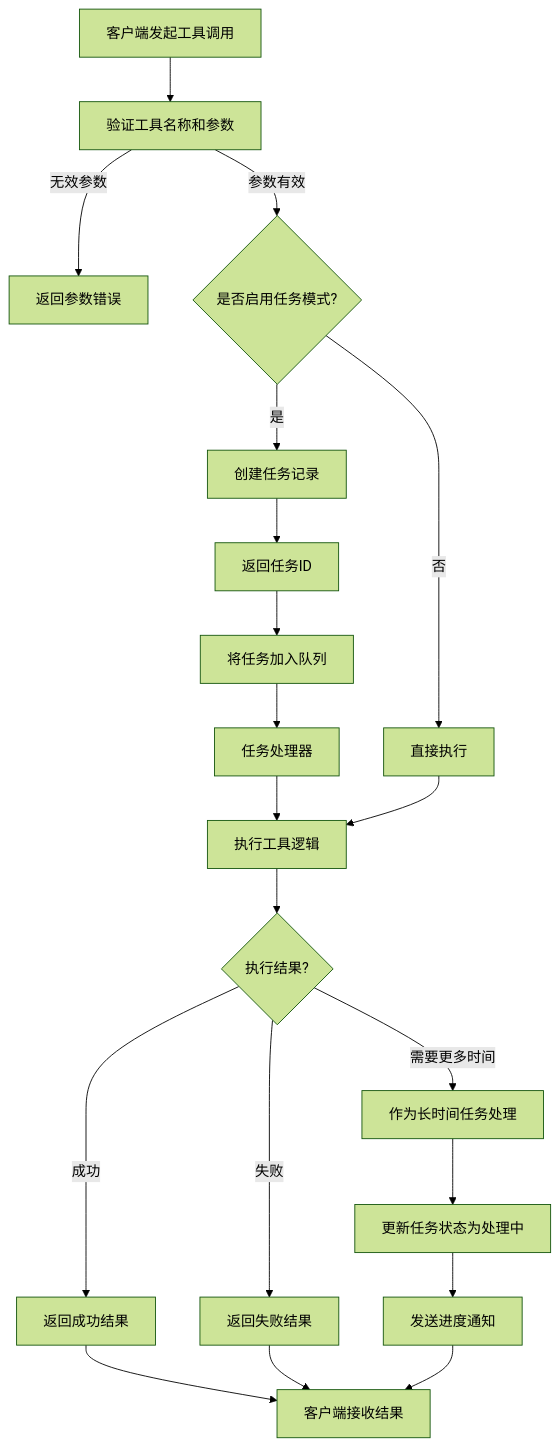
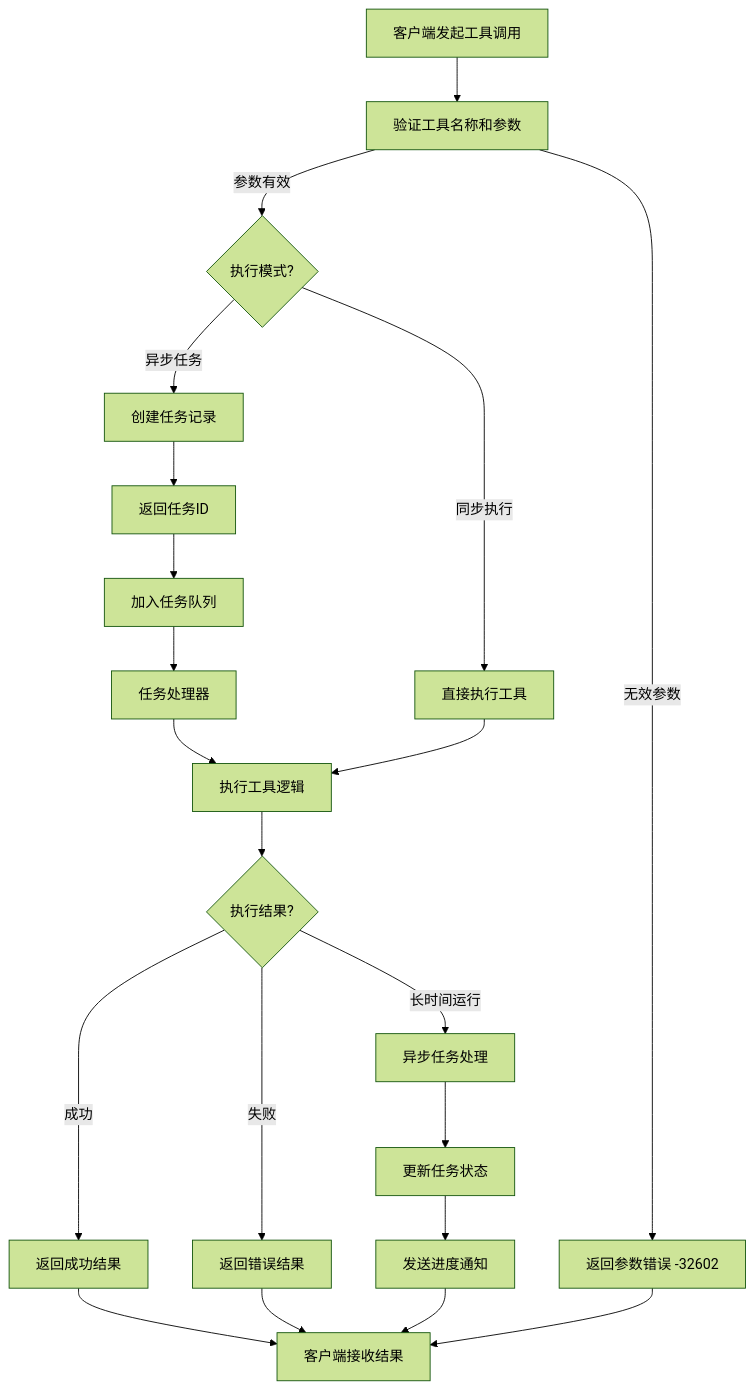
One commit to MiyakoMeow/neco changed the second of 10 diagrams in progress/external-mcp-interaction-flows.md. Above: the diagram before and after it, drawn with Mermaid (forest theme). The commit also changed other lines of this file and 7 other files, not shown here.

````diff
--- a/progress/external-mcp-interaction-flows.md
+++ b/progress/external-mcp-interaction-flows.md
@@ -46,29 +52,31 @@
 ```mermaid
 flowchart TD
     Start[客户端发起工具调用] --> Validate[验证工具名称和参数]
-    Validate -->|无效参数| Error1[返回参数错误]
-    Validate -->|参数有效| CheckTask{是否启用任务模式?}
 
-    CheckTask -->|是| CreateTask[创建任务记录]
+    Validate -->|无效参数| Error1[返回参数错误 -32602]
+    Validate -->|参数有效| CheckMode{执行模式?}
+
+    CheckMode -->|同步执行| DirectExec[直接执行工具]
+    CheckMode -->|异步任务| CreateTask[创建任务记录]
+
     CreateTask --> ReturnTaskId[返回任务ID]
-    ReturnTaskId --> Queue[将任务加入队列]
-
-    CheckTask -->|否| DirectExec[直接执行]
+    ReturnTaskId --> Queue[加入任务队列]
 
     Queue --> Process[任务处理器]
     Process --> Execute[执行工具逻辑]
+    DirectExec --> Execute
 
-    DirectExec --> Execute
     Execute --> CheckResult{执行结果?}
 
     CheckResult -->|成功| Success[返回成功结果]
-    CheckResult -->|失败| Failure[返回失败结果]
-    CheckResult -->|需要更多时间| LongRunning[作为长时间任务处理]
+    CheckResult -->|失败| Failure[返回错误结果]
+    CheckResult -->|长时间运行| LongRunning[异步任务处理]
 
-    LongRunning --> UpdateStatus[更新任务状态为处理中]
+    LongRunning --> UpdateStatus[更新任务状态]
     UpdateStatus --> NotifyProgress[发送进度通知]
 
     Success --> End[客户端接收结果]
     Failure --> End
     NotifyProgress --> End
+    Error1 --> End
 ```
````
